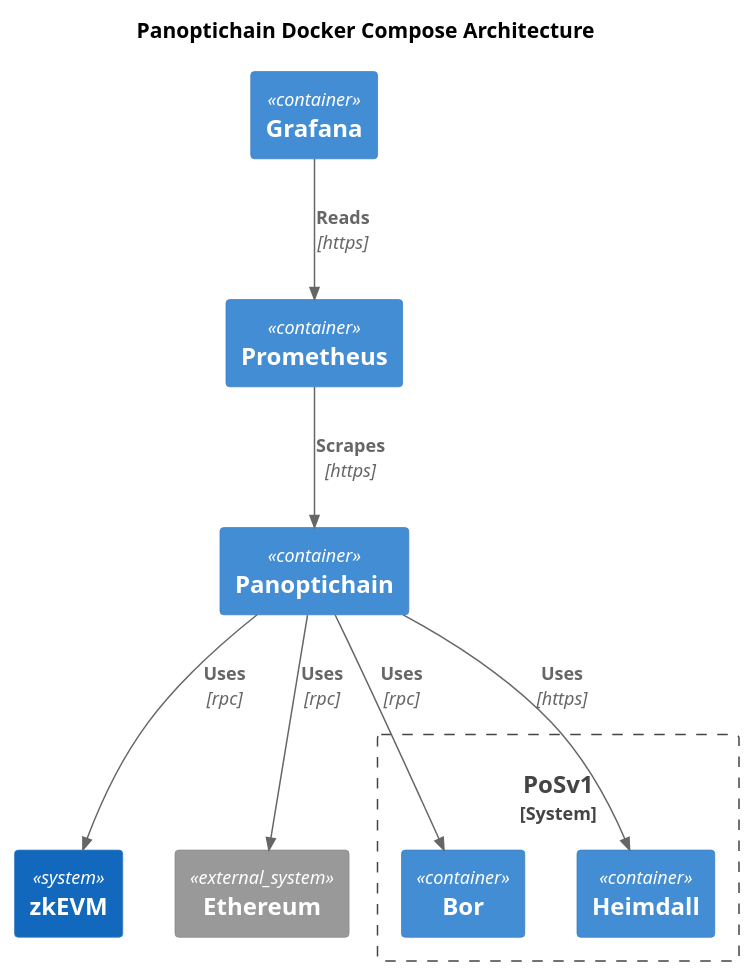
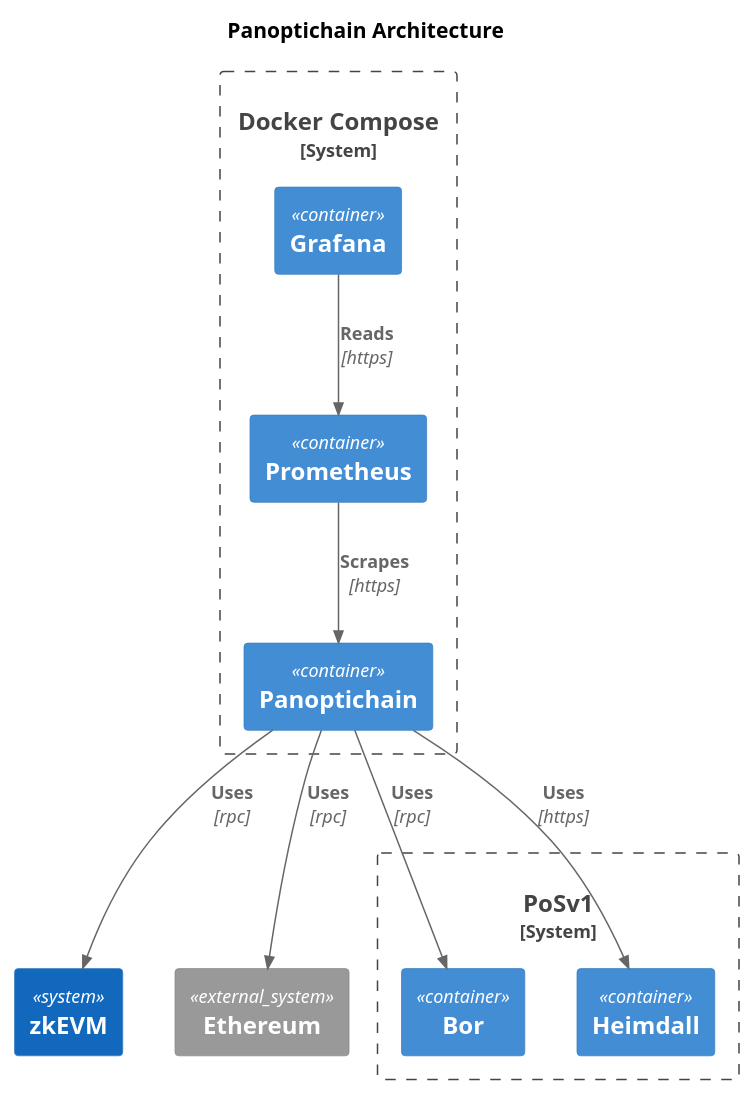
The diagram in docs/docker-compose-architecture.puml (shibaone/panoptichain), drawn with PlantUML before and after one commit. The commit also changed 1 other file, not shown here.

Commit message:
docs: update docker compose architecture

```diff
--- a/docs/docker-compose-architecture.puml
+++ b/docs/docker-compose-architecture.puml
@@ -1,24 +1,26 @@
 @startuml docker-compose-architecture
 !include https://raw.githubusercontent.com/plantuml-stdlib/C4-PlantUML/master/C4_Component.puml
 
-title Panoptichain Docker Compose Architecture
+title Panoptichain Architecture
 
 System(zkevm, "zkEVM")
 System_Ext(ethereum, "Ethereum")
 System_Boundary(posv1, "PoSv1") {
   Container(bor, "Bor")
   Container(heimdall, "Heimdall")
 }
 
-Container(panoptichain, "Panoptichain")
-Container(grafana, "Grafana")
-Container(prometheus, "Prometheus")
+System_Boundary(docker, "Docker Compose") {
+  Container(panoptichain, "Panoptichain")
+  Container(grafana, "Grafana")
+  Container(prometheus, "Prometheus")
+}
 
 Rel(panoptichain, zkevm, "Uses", "rpc")
 Rel(panoptichain, ethereum, "Uses", "rpc")
 Rel(panoptichain, bor, "Uses", "rpc")
 Rel(panoptichain, heimdall, "Uses", "https")
 Rel(prometheus, panoptichain, "Scrapes", "https")
 Rel(grafana, prometheus, "Reads", "https")
 
 @enduml
```
